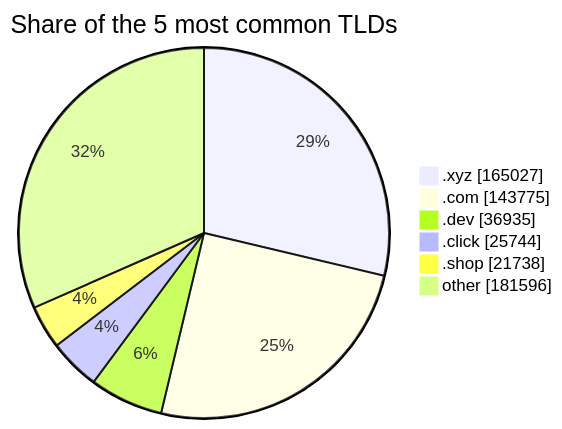
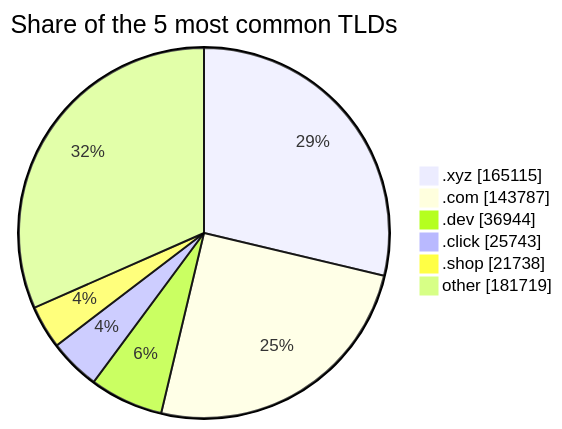
Before and after one commit to DNSBunker/CTI: the third of 3 diagrams in README.md, drawn with Mermaid. The commit also changed other lines of this file and 3 other files, not shown here.

````diff
--- a/README.md
+++ b/README.md
@@ -81,9 +81,9 @@
 ```mermaid
 pie showData title Share of the 5 most common TLDs
-    ".xyz" : 165027
-    ".com" : 143775
-    ".dev" : 36935
-    ".click" : 25744
+    ".xyz" : 165115
+    ".com" : 143787
+    ".dev" : 36944
+    ".click" : 25743
     ".shop" : 21738
-    "other" : 181596
+    "other" : 181719
 ```
````
